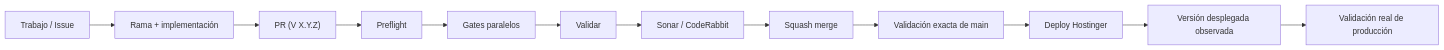
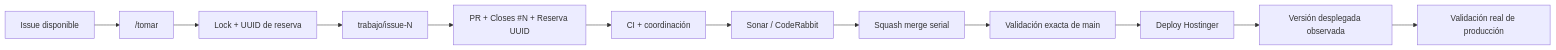
One commit to pl0n3r/Condor changed the diagram in README.md. Above: the diagram before and after it, drawn with Mermaid. The commit also changed other lines of this file and 13 other files, not shown here.

First line of the commit message:
infra: coordinación multiagente y reservas de trabajo (V 0.1.0)

````diff
--- a/README.md
+++ b/README.md
@@ -38,14 +40,14 @@
 ```mermaid
 flowchart LR
- A["Trabajo / Issue"] --> B["Rama + implementación"]
- B --> C["PR (V X.Y.Z)"]
- C --> D["Preflight"]
- D --> E["Gates paralelos"]
- E --> F["Validar"]
+ A["Issue disponible"] --> B["/tomar"]
+ B --> C["Lock + UUID de reserva"]
+ C --> D["trabajo/issue-N"]
+ D --> E["PR + Closes #N + Reserva UUID"]
+ E --> F["CI + coordinación"]
  F --> G["Sonar / CodeRabbit"]
- G --> H["Squash merge"]
+ G --> H["Squash merge serial"]
  H --> I["Validación exacta de main"]
  I --> J["Deploy Hostinger"]
  J --> K["Versión desplegada observada"]
  K --> L["Validación real de producción"]
 ```
````
